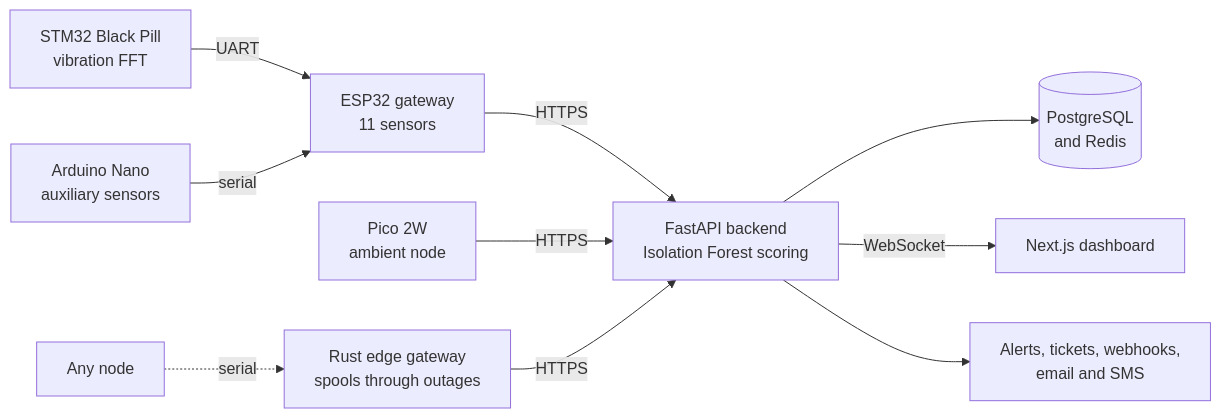
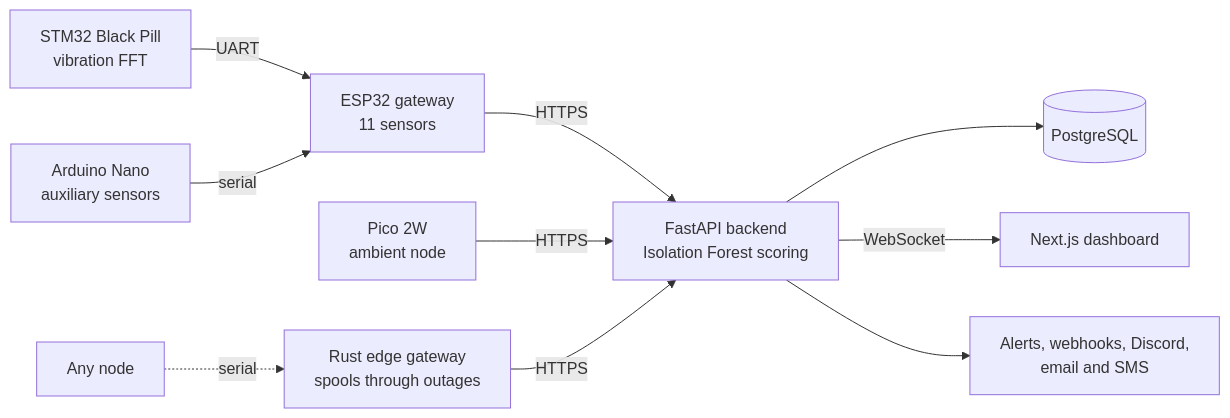
Before and after one commit to phaemos/.github: the diagram in profile/README.md, drawn with Mermaid. The commit also changed other lines of this file and 1 other file, not shown here.

Commit message:
docs: match the profile to the platform as built (#16)
Closes #15

````diff
--- a/profile/README.md
+++ b/profile/README.md
@@ -37,12 +37,12 @@
 ```mermaid
 flowchart LR
     STM["STM32 Black Pill<br/>vibration FFT"] -- UART --> ESP["ESP32 gateway<br/>11 sensors"]
     NANO["Arduino Nano<br/>auxiliary sensors"] -- serial --> ESP
     ANY["Any node"] -. serial .-> EDGE["Rust edge gateway<br/>spools through outages"]
     ESP -- HTTPS --> API["FastAPI backend<br/>Isolation Forest scoring"]
     PICO["Pico 2W<br/>ambient node"] -- HTTPS --> API
     EDGE -- HTTPS --> API
-    API --> DB[("PostgreSQL<br/>and Redis")]
+    API --> DB[("PostgreSQL")]
     API -- WebSocket --> DASH["Next.js dashboard"]
-    API --> OUT["Alerts, tickets, webhooks,<br/>email and SMS"]
+    API --> OUT["Alerts, webhooks, Discord,<br/>email and SMS"]
 ```
````
